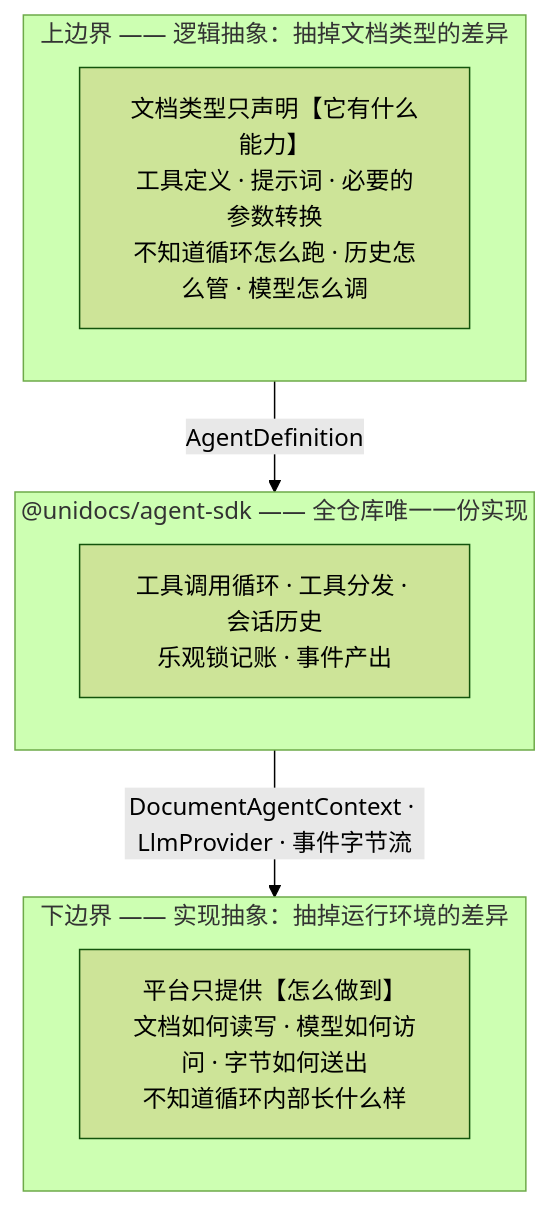
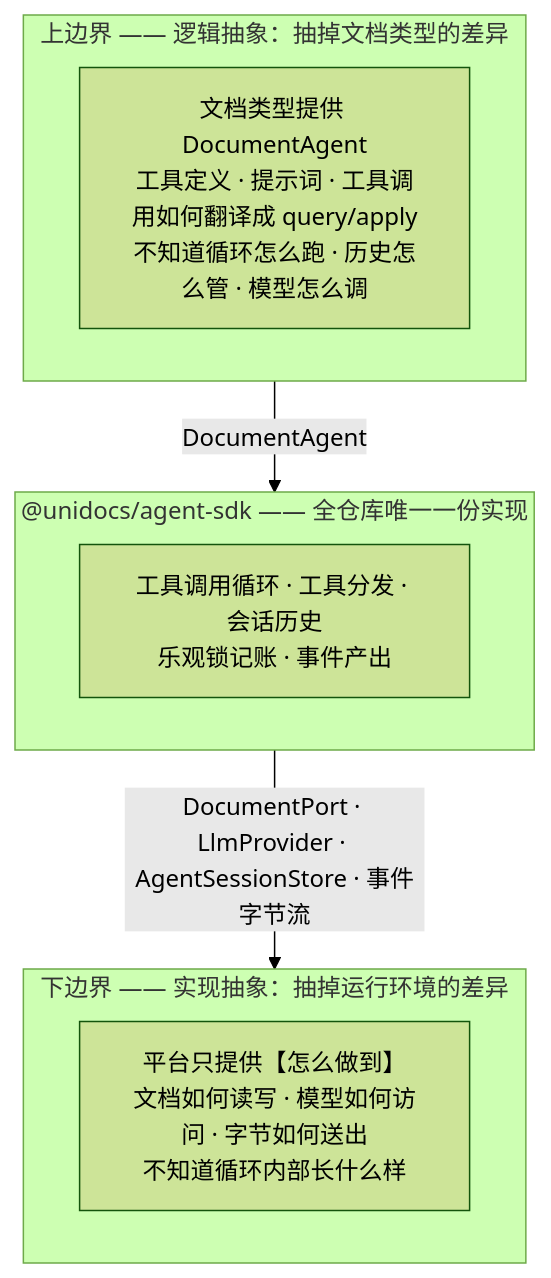
Before and after one commit to shazhou-ww/unidocs: the first of 14 diagrams in docs/superpowers/specs/2026-08-26-agent-sdk-design.md, drawn with Mermaid (forest theme). The commit also changed other lines of this file, not shown here.

First line of the commit message:
docs(agent-sdk): 工具分发退出内核范围,上边界沿用已有的 DocumentAgent

````diff
--- a/docs/superpowers/specs/2026-08-26-agent-sdk-design.md
+++ b/docs/superpowers/specs/2026-08-26-agent-sdk-design.md
@@ -15,17 +15,17 @@
 ```mermaid
 flowchart TB
     subgraph up["上边界 —— 逻辑抽象：抽掉文档类型的差异"]
-        U["文档类型只声明【它有什么能力】<br/>工具定义 · 提示词 · 必要的参数转换<br/>不知道循环怎么跑 · 历史怎么管 · 模型怎么调"]
+        U["文档类型提供 DocumentAgent<br/>工具定义 · 提示词 · 工具调用如何翻译成 query/apply<br/>不知道循环怎么跑 · 历史怎么管 · 模型怎么调"]
     end
 
     subgraph core["@unidocs/agent-sdk —— 全仓库唯一一份实现"]
         K["工具调用循环 · 工具分发 · 会话历史<br/>乐观锁记账 · 事件产出"]
     end
 
     subgraph down["下边界 —— 实现抽象：抽掉运行环境的差异"]
         D["平台只提供【怎么做到】<br/>文档如何读写 · 模型如何访问 · 字节如何送出<br/>不知道循环内部长什么样"]
     end
 
-    up -->|"AgentDefinition"| core
-    core -->|"DocumentAgentContext · LlmProvider · 事件字节流"| down
+    up -->|"DocumentAgent"| core
+    core -->|"DocumentPort · LlmProvider · AgentSessionStore · 事件字节流"| down
 ```
````
